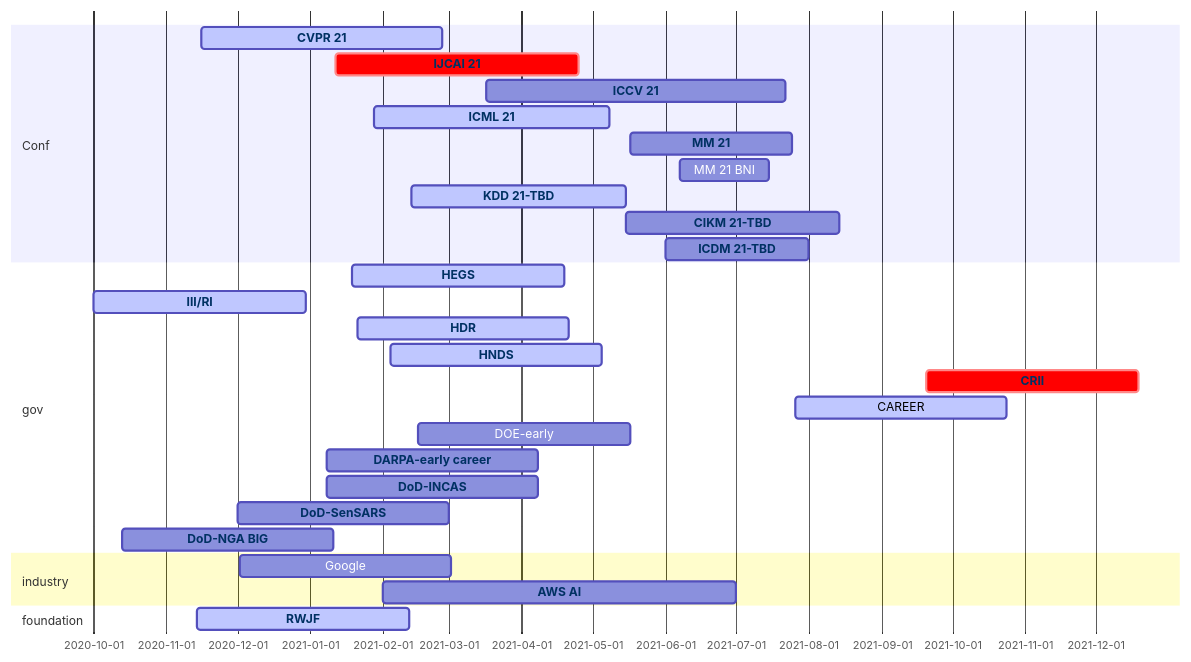
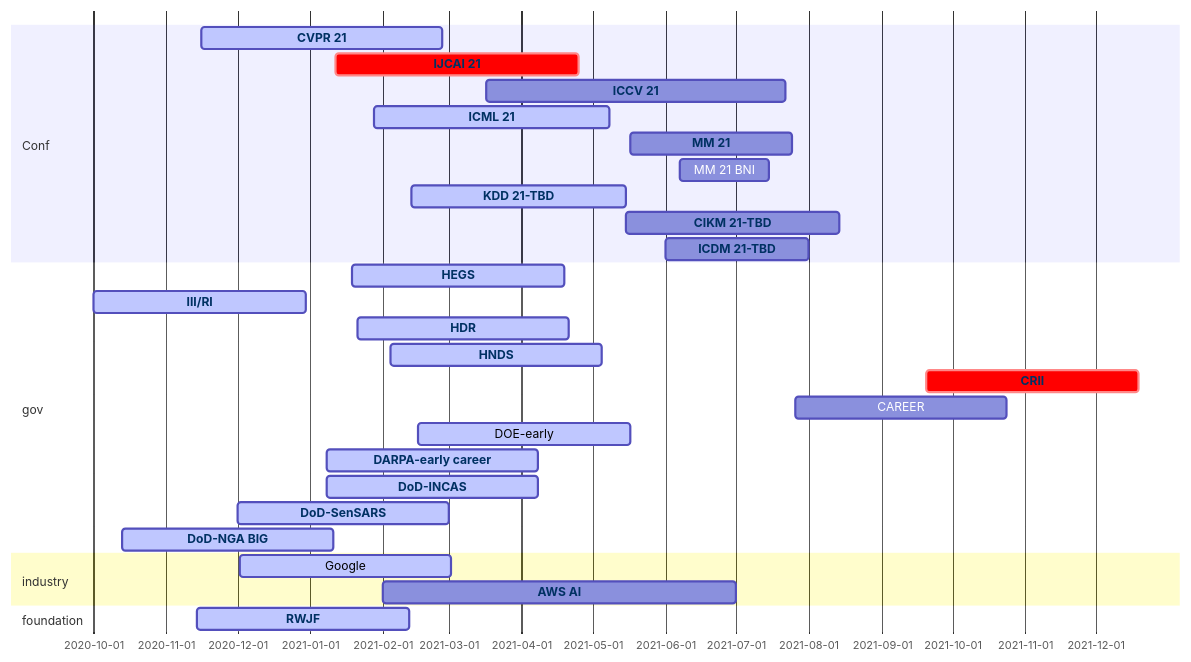
Before and after one commit to aquastar/academic-kickstart: the diagram in content/post/conf/index.md, drawn with Mermaid.

````diff
--- a/content/post/conf/index.md
+++ b/content/post/conf/index.md
@@ -16,54 +16,54 @@
 ```mermaid
 gantt
   dateFormat  MM/DD/YY
   section Conf
     CVPR 21 :active, cvpr, 11/16/20, 02/26/21
     IJCAI 21 :crit, ijcai, 01/12/21, 04/25/21
     ICCV 21 :iccv, 03/17/21, 07/22/21
     ICML 21:active, icml, 01/28/21, 05/08/21
     MM 21:mm, 05/17/21, 07/25/21
     MM 21 BNI:mmbni, 06/07/21, 07/15/21
     KDD 21-TBD:active, kdd, 02/13/21, 05/15/21
     CIKM 21-TBD:cikm, 05/15/21, 08/14/21
     ICDM 21-TBD:icdm, 06/01/21, 08/01/21
   section gov
     HEGS: active, hegs, 01/19/21, 90d
     III/RI: active, iis, 10/01/20, 90d
     HDR :active, hdr, 01/21/21, 90d
     HNDS :active, hnds, 02/04/21, 90d
     CRII :crit, crii, 09/20/21, 90d 
-    CAREER:active, career, 07/26/21, 90d
-    DOE-early: doe, 02/16/21, 90d 
-    DARPA-early career: darpa, 01/08/21, 90d
-    DoD-INCAS: incas, 01/08/21, 90d
-    DoD-SenSARS: sensars, 12/01/20, 90d
-    DoD-NGA BIG:nga, 10/13/20, 90d
+    CAREER:career, 07/26/21, 90d
+    DOE-early:active,  doe, 02/16/21, 90d 
+    DARPA-early career:active,  darpa, 01/08/21, 90d
+    DoD-INCAS:active,  incas, 01/08/21, 90d
+    DoD-SenSARS:active,  sensars, 12/01/20, 90d
+    DoD-NGA BIG:active, nga, 10/13/20, 90d
   section industry
-    Google: google, 12/02/20, 90d
-    AWS AI: aws, 02/01/21, 07/01/21
+    Google:active,  google, 12/02/20, 90d
+    AWS AI:aws, 02/01/21, 07/01/21
   section foundation
     RWJF :active, rwjf, 11/14/20, 90d
 
 
   click nga href "https://beta.sam.gov/opp/3c218648f9f04658840e478a7f1048e1/view?keywords=HM0476-20-BAA-0001&sort=-relevance&index=&is_active=true&page=1"
   click sensars href "https://beta.sam.gov/opp/a84f1af107334afcbf39d885d8f668a3/view"
   click aws href "https://www.amazon.science/research-awards/call-for-proposals/aws-ai"
   click incas href "https://beta.sam.gov/opp/6bbca26d91df4eff96b4edfa2386c35f/view?keywords=incas&sort=-relevance&index=&is_active=true&page=1"
   click darpa href "https://www.darpa.mil/work-with-us/for-universities/young-faculty-award"
   click deo href "https://www.grants.gov/web/grants/search-grants.html"
   click cvpr href "http://cvpr2021.thecvf.com/"
   click iccv href "http://iccv2021.thecvf.com/"
   click icml href "https://icml.cc/Conferences/2021"
   click ijcai href "http://www.ijcai-21.org/"
   click kdd href "http://www.kdd.org/kdd2021"
   click www href "https://www2021.thewebconf.org/"
   click cikm href "https://www.cikm2021.org/"
   click icdm href "http://icdm2021.bigke.org"
   click mm href "https://2020.acmmm.org/index.html"
   click crii href "https://www.nsf.gov/funding/pgm_summ.jsp?pims_id=504952"
   click hdr href "https://www.nsf.gov/funding/pgm_summ.jsp?pims_id=505828&org=NSF&sel_org=CISE&from=fund"
   click hnds href "https://www.nsf.gov/funding/pgm_summ.jsp?pims_id=505702"
   click rwjf href "https://anr.rwjf.org/viewCfp.do?cfpId=1509&cfpOverviewId="
   click iis href "https://www.nsf.gov/funding/pgm_summ.jsp?pims_id=505667&org=NSF"
   click hegs href "https://www.nsf.gov/funding/pgm_summ.jsp?pims_id=505745&org=NSF&sel_org=NSF&from=fund"
 ```
````
